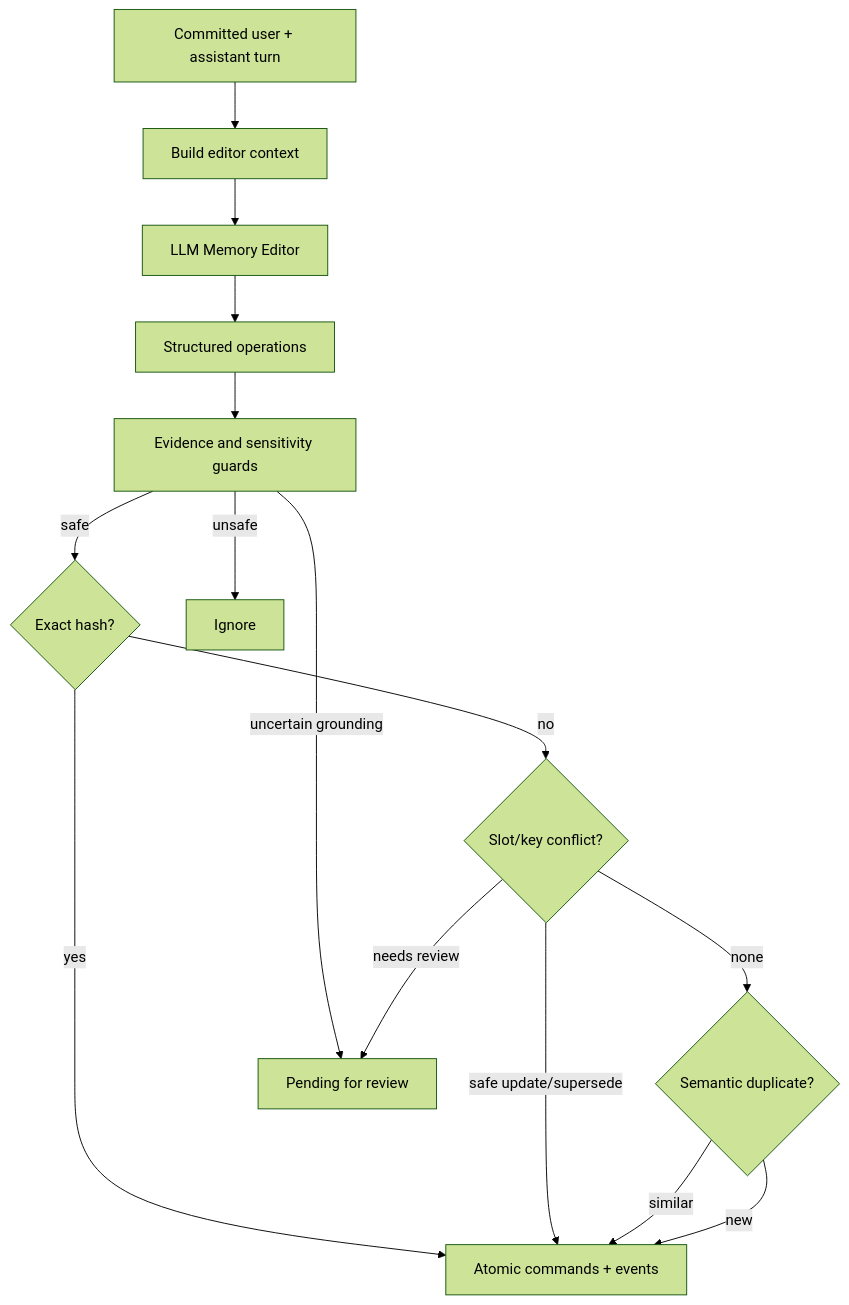
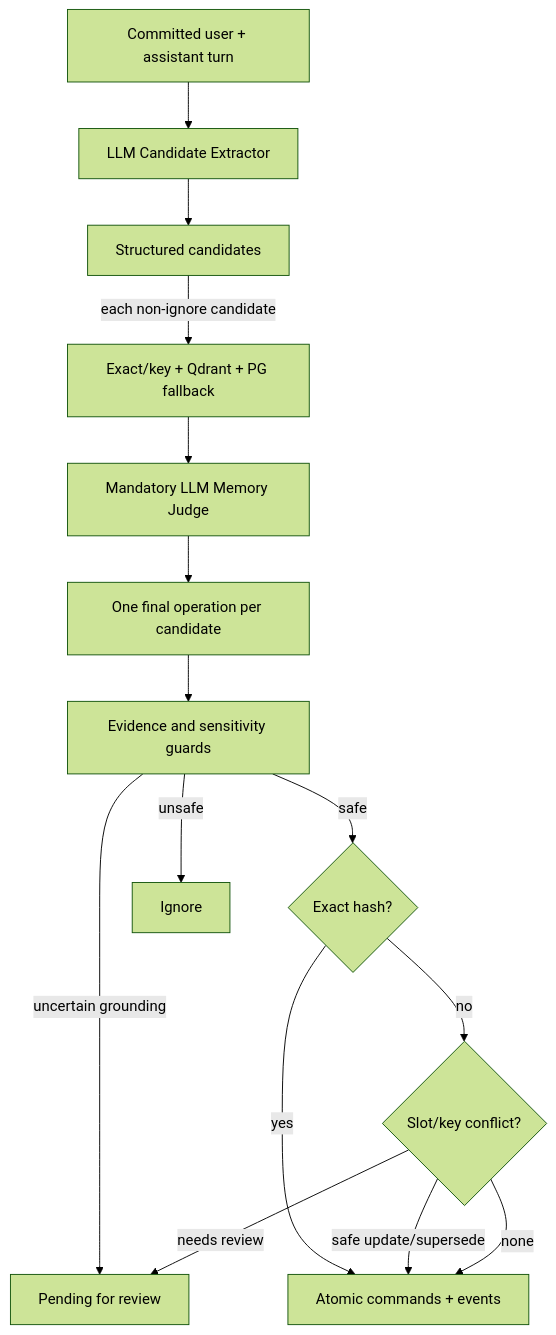
One commit to ShuoLiu0603/knowledge-work-assistant changed the fourth of 4 diagrams in docs/agent_memory_deep_dive.md. Above: the diagram before and after it, drawn with Mermaid (forest theme). The commit also changed other lines of this file and 57 other files, not shown here.

````diff
--- a/docs/agent_memory_deep_dive.md
+++ b/docs/agent_memory_deep_dive.md
@@ -850,26 +831,26 @@
 ```mermaid
 flowchart TD
     TURN[Committed user + assistant turn]
-    CTX[Build editor context]
-    LLM[LLM Memory Editor]
-    OPS[Structured operations]
+    EXTRACT[LLM Candidate Extractor]
+    CAND[Structured candidates]
+    RELATED[Exact/key + Qdrant + PG fallback]
+    JUDGE[Mandatory LLM Memory Judge]
+    OPS[One final operation per candidate]
     EVID[Evidence and sensitivity guards]
     EXACT{Exact hash?}
     CONFLICT{Slot/key conflict?}
-    SEM{Semantic duplicate?}
     WRITE[Atomic commands + events]
     PENDING[Pending for review]
     IGNORE[Ignore]
 
-    TURN --> CTX --> LLM --> OPS --> EVID
+    TURN --> EXTRACT --> CAND
+    CAND -->|each non-ignore candidate| RELATED --> JUDGE --> OPS --> EVID
     EVID -->|unsafe| IGNORE
     EVID -->|uncertain grounding| PENDING
     EVID -->|safe| EXACT
     EXACT -->|yes| WRITE
     EXACT -->|no| CONFLICT
     CONFLICT -->|needs review| PENDING
     CONFLICT -->|safe update/supersede| WRITE
-    CONFLICT -->|none| SEM
-    SEM -->|similar| WRITE
-    SEM -->|new| WRITE
+    CONFLICT -->|none| WRITE
 ```
````
